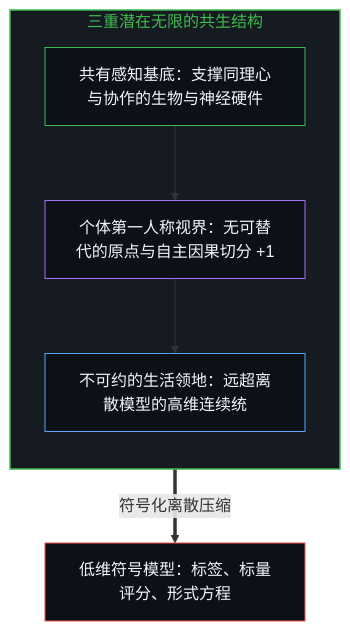
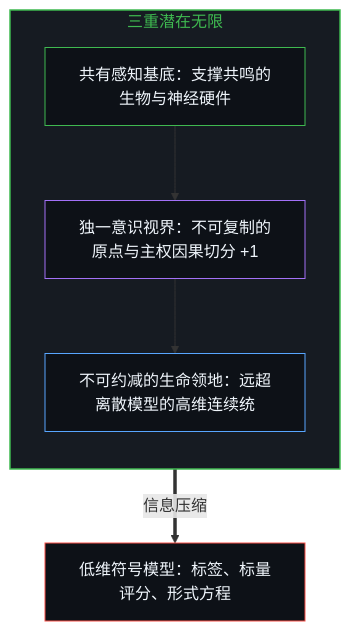
The first of 10 diagrams in content/posts/the-shadow-and-the-infinite.md (powerpig99/not-a-toe), drawn with Mermaid before and after one commit. The commit also changed other lines of this file and 5 other files, not shown here.

````diff
--- a/content/posts/the-shadow-and-the-infinite.md
+++ b/content/posts/the-shadow-and-the-infinite.md
@@ -25,20 +25,18 @@
 ```mermaid
 flowchart TD
-    subgraph ThreefoldInfinity["三重潜在无限的共生结构"]
+    subgraph ThreefoldInfinity["三重潜在无限"]
         direction TB
-        SubstrateFold["共有感知基底：支撑同理心与协作的生物与神经硬件"]
-        PerspectiveFold["个体第一人称视界：无可替代的原点与自主因果切分 +1"]
-        TerritoryFold["不可约的生活领地：远超离散模型的高维连续统"]
+        SubstrateFold["共有感知基底：支撑共鸣的生物与神经硬件"]
+        PerspectiveFold["独一意识视界：不可复制的原点与主权因果切分 +1"]
+        TerritoryFold["不可约减的生命领地：远超离散模型的高维连续统"]
         SubstrateFold --> PerspectiveFold
         PerspectiveFold --> TerritoryFold
     end
-
     LowDModel["低维符号模型：标签、标量评分、形式方程"]
-    TerritoryFold ==>|"符号化离散压缩"| LowDModel
-
+    TerritoryFold ==>|"信息压缩"| LowDModel
     style ThreefoldInfinity fill:#161b22,stroke:#3fb950,stroke-width:1.5px,color:#3fb950
     style SubstrateFold fill:#0d1117,stroke:#3fb950,stroke-width:1px,color:#f0f6fc
     style PerspectiveFold fill:#0d1117,stroke:#a371f7,stroke-width:1px,color:#f0f6fc
     style TerritoryFold fill:#0d1117,stroke:#58a6ff,stroke-width:1px,color:#f0f6fc
     style LowDModel fill:#0d1117,stroke:#f85149,stroke-width:1px,color:#f0f6fc
 ```
````
